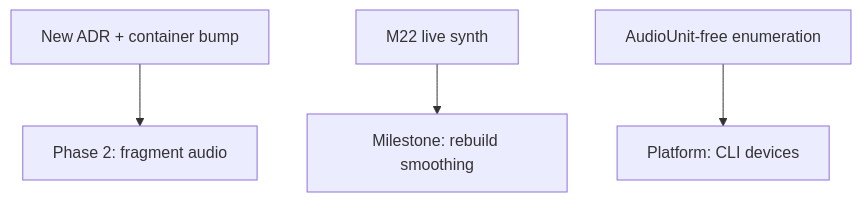
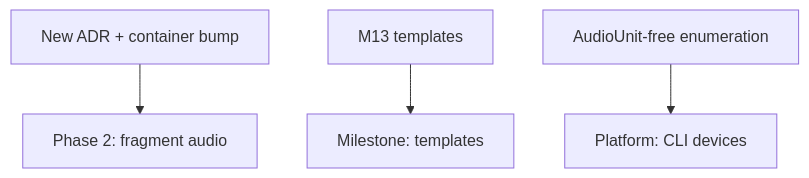
The diagram in docs/deferred.md (anvlkv/hey-listen), drawn with Mermaid before and after one commit. The commit also changed other lines of this file and 58 other files, not shown here.

First line of the commit message:
Implement M22 live synth source and palette drag

````diff
--- a/docs/deferred.md
+++ b/docs/deferred.md
@@ -71,6 +71,6 @@
 ```mermaid
 graph TD
     ADR[New ADR + container bump] --> P2[Phase 2: fragment audio]
-    M22[M22 live synth] --> P3[Milestone: rebuild smoothing]
+    M13[M13 templates] --> P3[Milestone: templates]
     PLAT[AudioUnit-free enumeration] --> P4[Platform: CLI devices]
 ```
````
